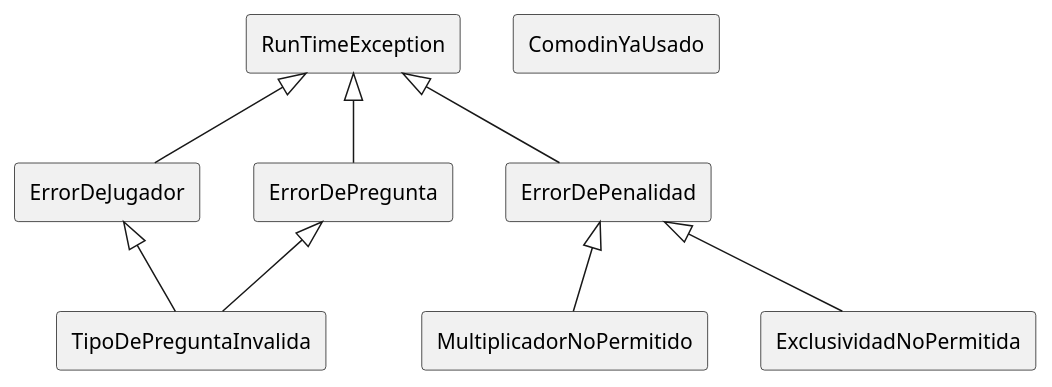
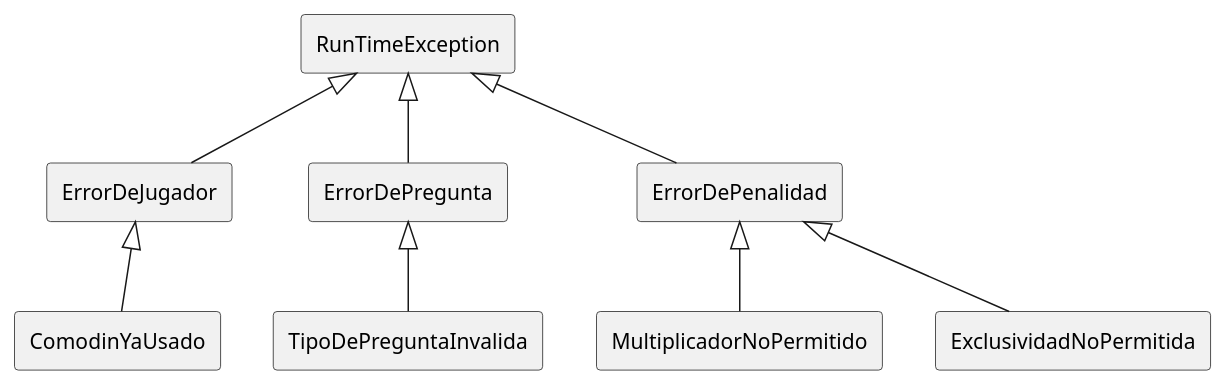
The diagram in src/main/java/edu/fiuba/algo3/Diagramas/puml/ErroresJerrarquias.puml (Alex1161/TP2), drawn with PlantUML before and after one commit.

Commit message:
arrreglo de diagrma en jerarquia errores

```diff
--- a/src/main/java/edu/fiuba/algo3/Diagramas/puml/ErroresJerrarquias.puml
+++ b/src/main/java/edu/fiuba/algo3/Diagramas/puml/ErroresJerrarquias.puml
@@ -1,19 +1,19 @@
 @startuml
 rectangle RunTimeException
 rectangle ErrorDeJugador
 rectangle ErrorDePregunta
 rectangle ErrorDePenalidad
 rectangle TipoDePreguntaInvalida
 rectangle MultiplicadorNoPermitido
 rectangle ExclusividadNoPermitida
 rectangle ComodinYaUsado
 
 
 RunTimeException <|-- ErrorDeJugador
 RunTimeException <|-- ErrorDePregunta
 RunTimeException <|-- ErrorDePenalidad
-ErrorDeJugador <|-- TipoDePreguntaInvalida
+ErrorDeJugador <|-- ComodinYaUsado
 ErrorDePenalidad <|--MultiplicadorNoPermitido
 ErrorDePenalidad <|--ExclusividadNoPermitida
 ErrorDePregunta <|-- TipoDePreguntaInvalida
 @enduml
```
